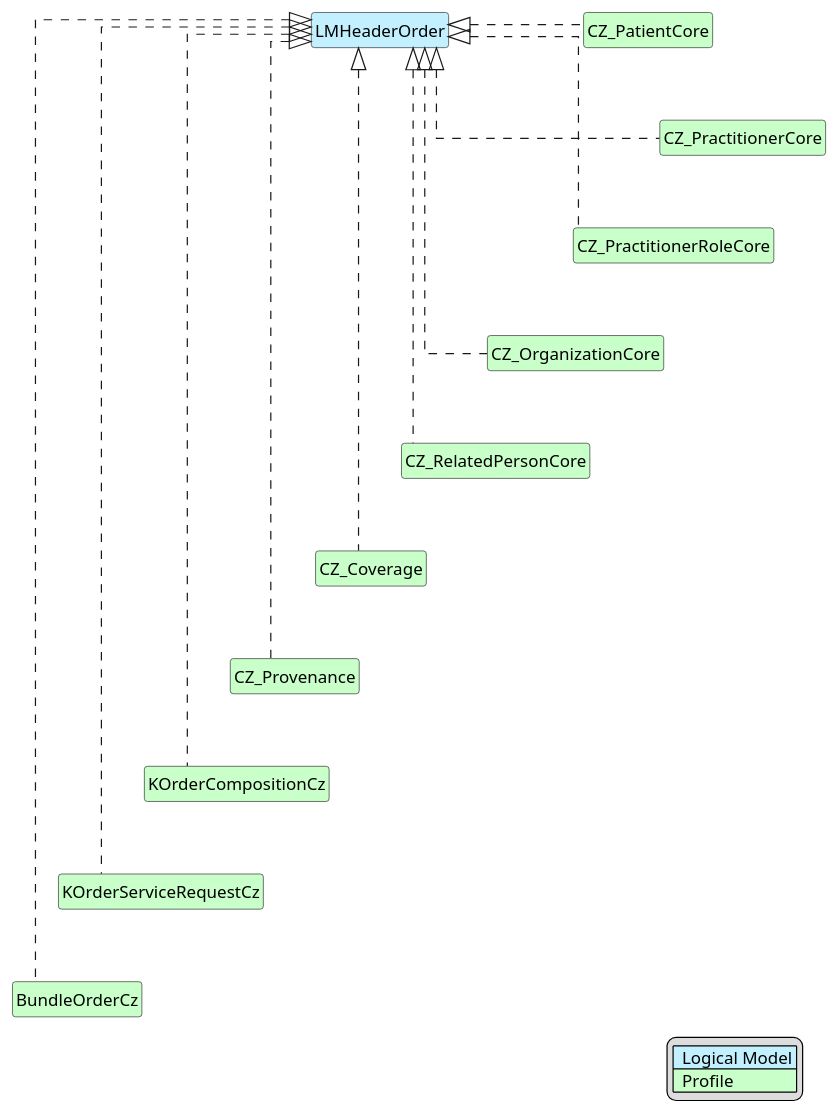
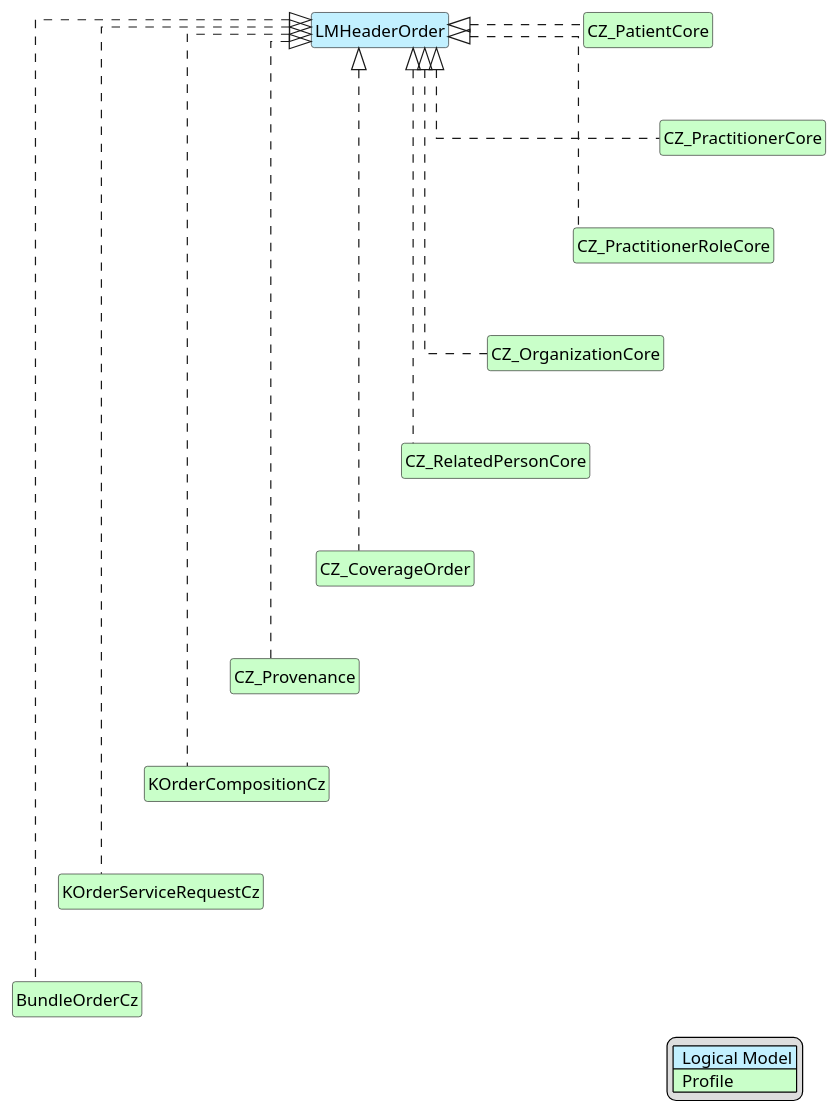
One commit to HL7-cz/k-order changed the diagram in input/images-source/K-Header-map.plantuml. Above: the diagram before and after it, drawn with PlantUML. The commit also changed 19 other files, not shown here.

Commit message:
Zavedení profilu CZ_CoverageOrder jeho náležitostí do mapování a příkladu + invariant.

```diff
--- a/input/images-source/K-Header-map.plantuml
+++ b/input/images-source/K-Header-map.plantuml
@@ -1,46 +1,46 @@
 @startuml
 ' Generated by scripts/sync-header-mapping.py
 hide circle
 hide stereotype
 hide members
 hide methods
 skinparam linetype ortho
 skinparam class {
 BackgroundColor<<LogicalModel>> #APPLICATION
 BackgroundColor<<Profile>> #TECHNOLOGY
 }
 legend right
 | <#APPLICATION>  Logical Model |
 | <#TECHNOLOGY>  Profile |
 endlegend
 class "LMHeaderOrder" as Header <<LogicalModel>> [[StructureDefinition-LMHeaderOrder.html]]
 class "CZ_PatientCore" as Target0 <<Profile>> [[https://hl7.cz/fhir/core/StructureDefinition-cz-patient-core.html]]
 Header <|. Target0
 class "CZ_PractitionerCore" as Target1 <<Profile>> [[https://hl7.cz/fhir/core/StructureDefinition-cz-practitioner-core.html]]
 Header <|. Target1
 Target0 -d[hidden]-> Target1
 class "CZ_PractitionerRoleCore" as Target2 <<Profile>> [[https://hl7.cz/fhir/core/StructureDefinition-cz-practitionerrole-core.html]]
 Header <|. Target2
 Target1 -d[hidden]-> Target2
 class "CZ_OrganizationCore" as Target3 <<Profile>> [[https://hl7.cz/fhir/core/StructureDefinition-cz-organization-core.html]]
 Header <|. Target3
 Target2 -d[hidden]-> Target3
 class "CZ_RelatedPersonCore" as Target4 <<Profile>> [[https://hl7.cz/fhir/core/StructureDefinition-cz-relatedPerson-core.html]]
 Header <|. Target4
 Target3 -d[hidden]-> Target4
-class "CZ_Coverage" as Target5 <<Profile>> [[https://hl7.cz/fhir/core/StructureDefinition-cz-coverage.html]]
+class "CZ_CoverageOrder" as Target5 <<Profile>> [[https://hl7.cz/fhir/core/StructureDefinition-cz-coverage.html]]
 Header <|. Target5
 Target4 -d[hidden]-> Target5
 class "CZ_Provenance" as Target6 <<Profile>> [[https://hl7.cz/fhir/core/StructureDefinition-cz-provenance.html]]
 Header <|. Target6
 Target5 -d[hidden]-> Target6
 class "KOrderCompositionCz" as Target7 <<Profile>> [[StructureDefinition-KOrderCompositionCz.html]]
 Header <|. Target7
 Target6 -d[hidden]-> Target7
 class "KOrderServiceRequestCz" as Target8 <<Profile>> [[StructureDefinition-KOrderServiceRequestCz.html]]
 Header <|. Target8
 Target7 -d[hidden]-> Target8
 class "BundleOrderCz" as Target9 <<Profile>> [[StructureDefinition-BundleOrderCz.html]]
 Header <|. Target9
 Target8 -d[hidden]-> Target9
 @enduml
```
